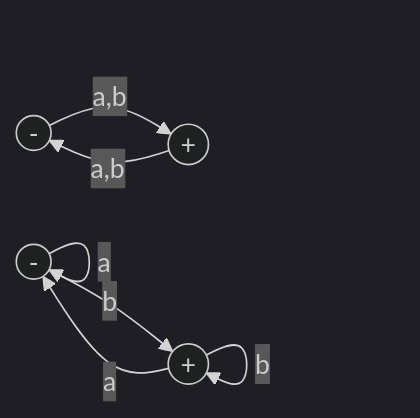
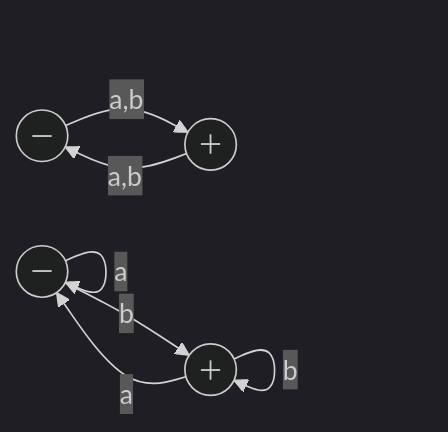
Before and after one commit to ufidon/ct: diagram 12 of 19 in review/mid/README.md, drawn with Mermaid (dark theme). The commit also changed other lines of this file, not shown here.

Commit message:
fixed mermaid

````diff
--- a/review/mid/README.md
+++ b/review/mid/README.md
@@ -249,14 +249,14 @@
 ```mermaid
 flowchart LR
-  p1(("-"))
-  p2(("+"))
+  p1(("－"))
+  p2(("＋"))
   p1-->|a|p1
   p1-->|b|p2
   p2-->|a|p1
   p2-->|b|p2
 
-  q1(("-"))
-  q2(("+"))
+  q1(("－"))
+  q2(("＋"))
   q1-->|"a,b"|q2
   q2-->|"a,b"|q1
 ```
````
